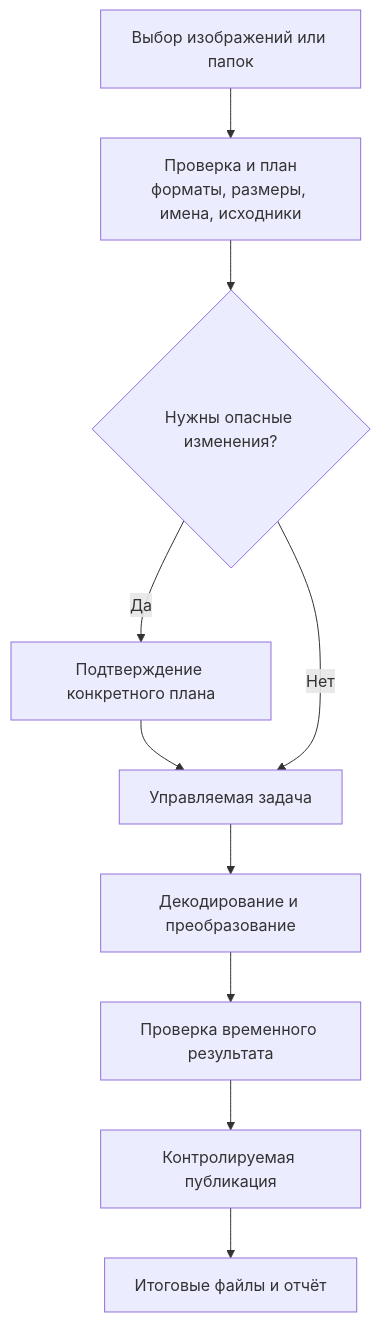
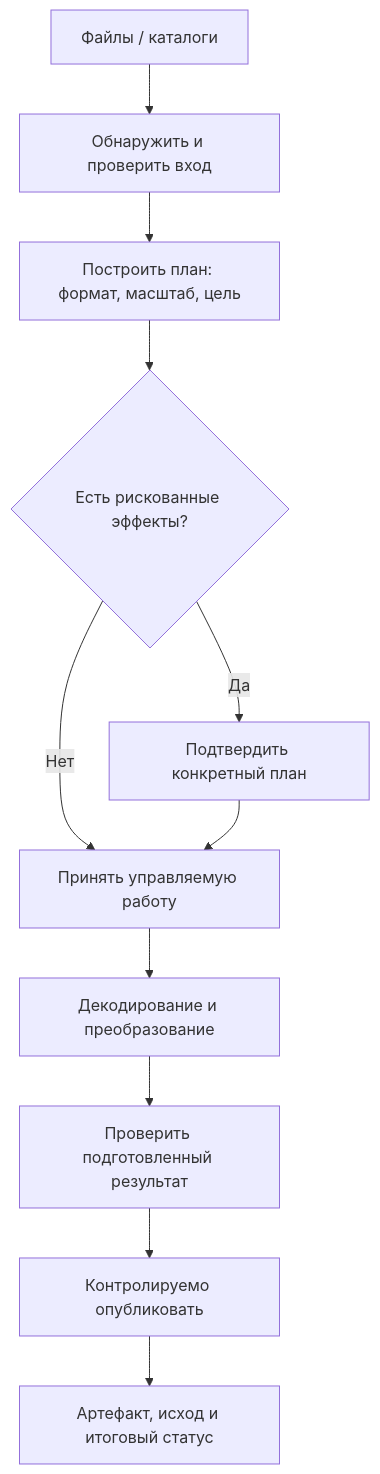
Before and after one commit to VladimirMonin/Project-Foundation-Kit: the fourth of 5 diagrams in pack/references/architecture/command-first/00_README.md, drawn with Mermaid. The commit also changed other lines of this file and 44 other files, not shown here.

````diff
--- a/pack/references/architecture/command-first/00_README.md
+++ b/pack/references/architecture/command-first/00_README.md
@@ -313,17 +334,13 @@
 ```mermaid
 flowchart TD
-    SELECT["Выбор изображений или папок"]
-    PLAN["Проверка и план<br/>форматы, размеры, имена, исходники"]
-    CONFIRM{"Нужны опасные изменения?"}
-    REVIEW["Подтверждение конкретного плана"]
-    JOB["Управляемая задача"]
-    ENCODE["Декодирование и преобразование"]
-    PREPARE["Проверка временного результата"]
-    COMMIT["Контролируемая публикация"]
-    DONE["Итоговые файлы и отчёт"]
-
-    SELECT --> PLAN --> CONFIRM
-    CONFIRM -->|"Да"| REVIEW --> JOB
-    CONFIRM -->|"Нет"| JOB
-    JOB --> ENCODE --> PREPARE --> COMMIT --> DONE
+    INPUT["Файлы / каталоги"] --> DISCOVER["Обнаружить и проверить вход"]
+    DISCOVER --> PLAN["Построить план: формат, масштаб, цель"]
+    PLAN --> DECIDE{"Есть рискованные эффекты?"}
+    DECIDE -->|"Да"| APPROVE["Подтвердить конкретный план"]
+    DECIDE -->|"Нет"| JOB["Принять управляемую работу"]
+    APPROVE --> JOB
+    JOB --> ENCODE["Декодирование и преобразование"]
+    ENCODE --> VERIFY["Проверить подготовленный результат"]
+    VERIFY --> PUBLISH["Контролируемо опубликовать"]
+    PUBLISH --> RESULT["Артефакт, исход и итоговый статус"]
 ```
````
